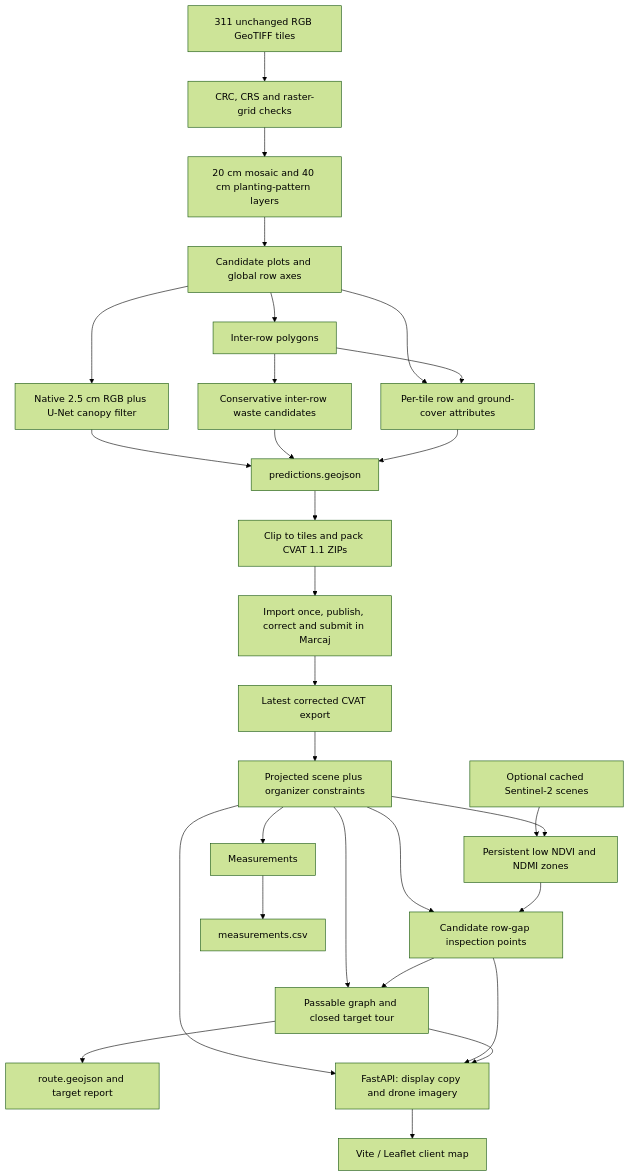
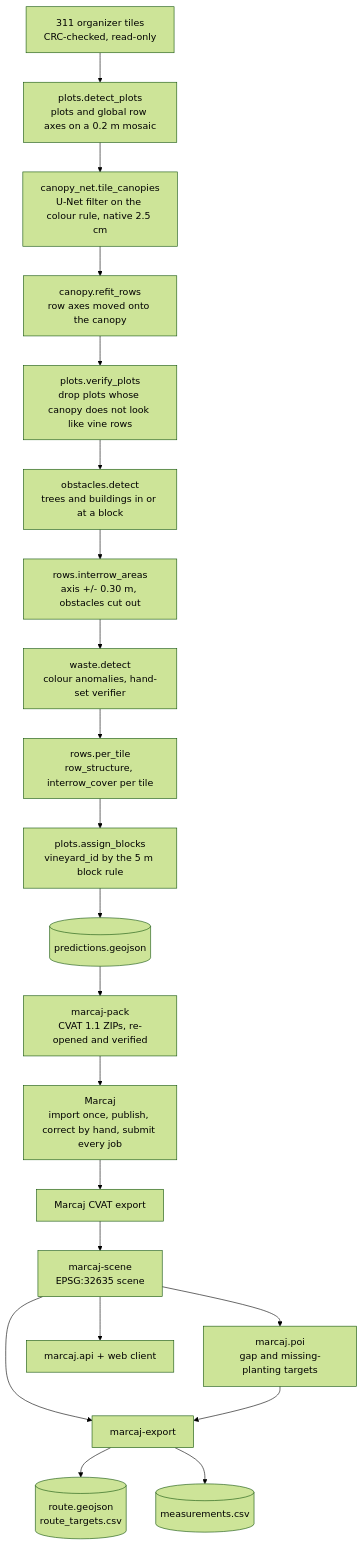
Before and after one commit to ion-golovco/bloomsense__Vineyard_AI_Field_Challenge: the diagram in README.md, drawn with Mermaid (forest theme). The commit also changed other lines of this file and 21 other files, not shown here.

````diff
--- a/README.md
+++ b/README.md
@@ -25,31 +19,23 @@
 ```mermaid
 flowchart TD
-    A[311 unchanged RGB GeoTIFF tiles] --> B[CRC, CRS and raster-grid checks]
-    B --> C[20 cm mosaic and 40 cm planting-pattern layers]
-    C --> D[Candidate plots and global row axes]
-    D --> E[Inter-row polygons]
-    D --> F[Native 2.5 cm RGB plus U-Net canopy filter]
-    E --> G[Conservative inter-row waste candidates]
-    D --> H[Per-tile row and ground-cover attributes]
-    E --> H
-    F --> I[predictions.geojson]
-    G --> I
-    H --> I
-    I --> J[Clip to tiles and pack CVAT 1.1 ZIPs]
-    J --> K[Import once, publish, correct and submit in Marcaj]
-    K --> L[Latest corrected CVAT export]
-    L --> M[Projected scene plus organizer constraints]
-    M --> N[Measurements]
-    M --> O[Candidate row-gap inspection points]
-    S[Optional cached Sentinel-2 scenes] --> T[Persistent low NDVI and NDMI zones]
-    M --> T
-    T --> O
-    M --> P[Passable graph and closed target tour]
-    O --> P
-    P --> Q[route.geojson and target report]
-    N --> R[measurements.csv]
-    M --> U[FastAPI: display copy and drone imagery]
-    O --> U
-    P --> U
-    U --> V[Vite / Leaflet client map]
+    T["311 organizer tiles<br/>CRC-checked, read-only"] --> P["plots.detect_plots<br/>plots and global row axes on a 0.2 m mosaic"]
+    P --> N["canopy_net.tile_canopies<br/>U-Net filter on the colour rule, native 2.5 cm"]
+    N --> F["canopy.refit_rows<br/>row axes moved onto the canopy"]
+    F --> V["plots.verify_plots<br/>drop plots whose canopy does not look like vine rows"]
+    V --> O["obstacles.detect<br/>trees and buildings in or at a block"]
+    O --> I["rows.interrow_areas<br/>axis +/- 0.30 m, obstacles cut out"]
+    I --> W["waste.detect<br/>colour anomalies, hand-set verifier"]
+    W --> A["rows.per_tile<br/>row_structure, interrow_cover per tile"]
+    A --> B["plots.assign_blocks<br/>vineyard_id by the 5 m block rule"]
+    B --> G[("predictions.geojson")]
+    G --> K["marcaj-pack<br/>CVAT 1.1 ZIPs, re-opened and verified"]
+    K --> M["Marcaj<br/>import once, publish, correct by hand, submit every job"]
+    M --> E["Marcaj CVAT export"]
+    E --> S["marcaj-scene<br/>EPSG:32635 scene"]
+    S --> Q["marcaj.poi<br/>gap and missing-planting targets"]
+    S --> X["marcaj-export"]
+    Q --> X
+    X --> R[("route.geojson<br/>route_targets.csv")]
+    X --> C[("measurements.csv")]
+    S --> APP["marcaj.api + web client"]
 ```
````
